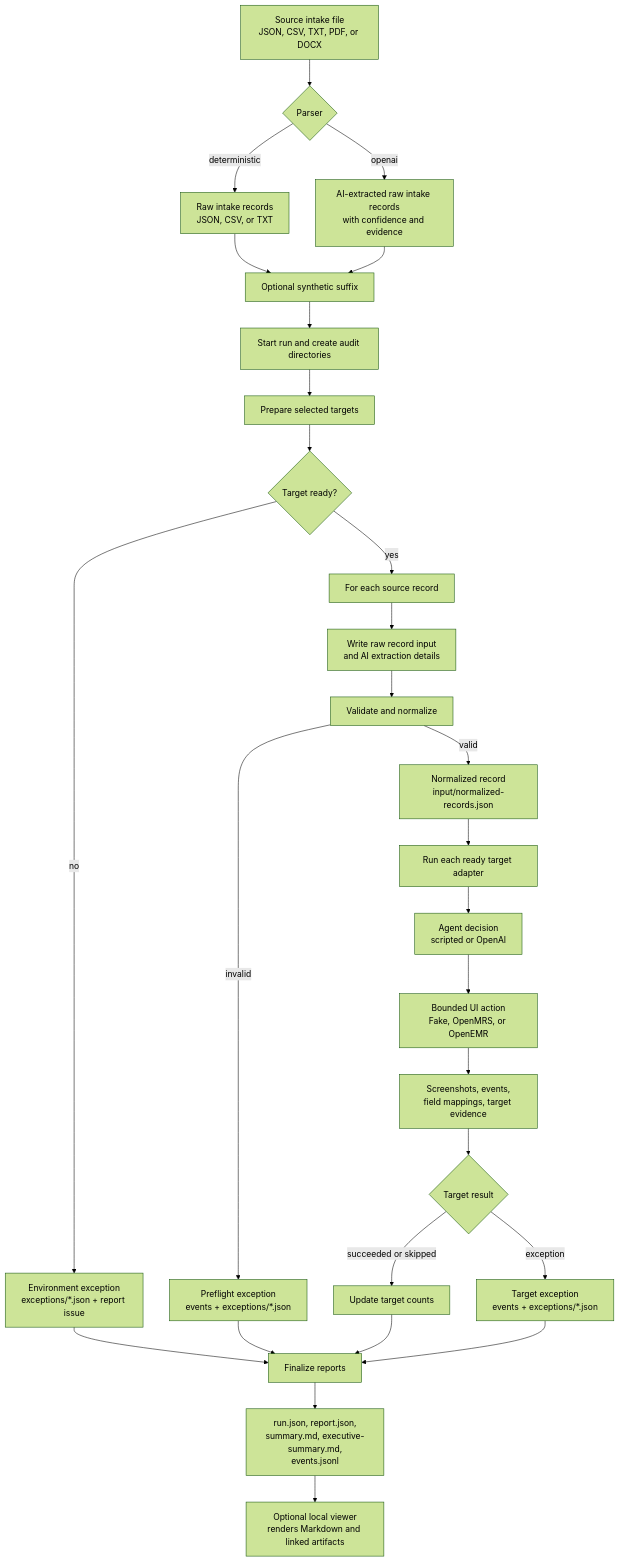
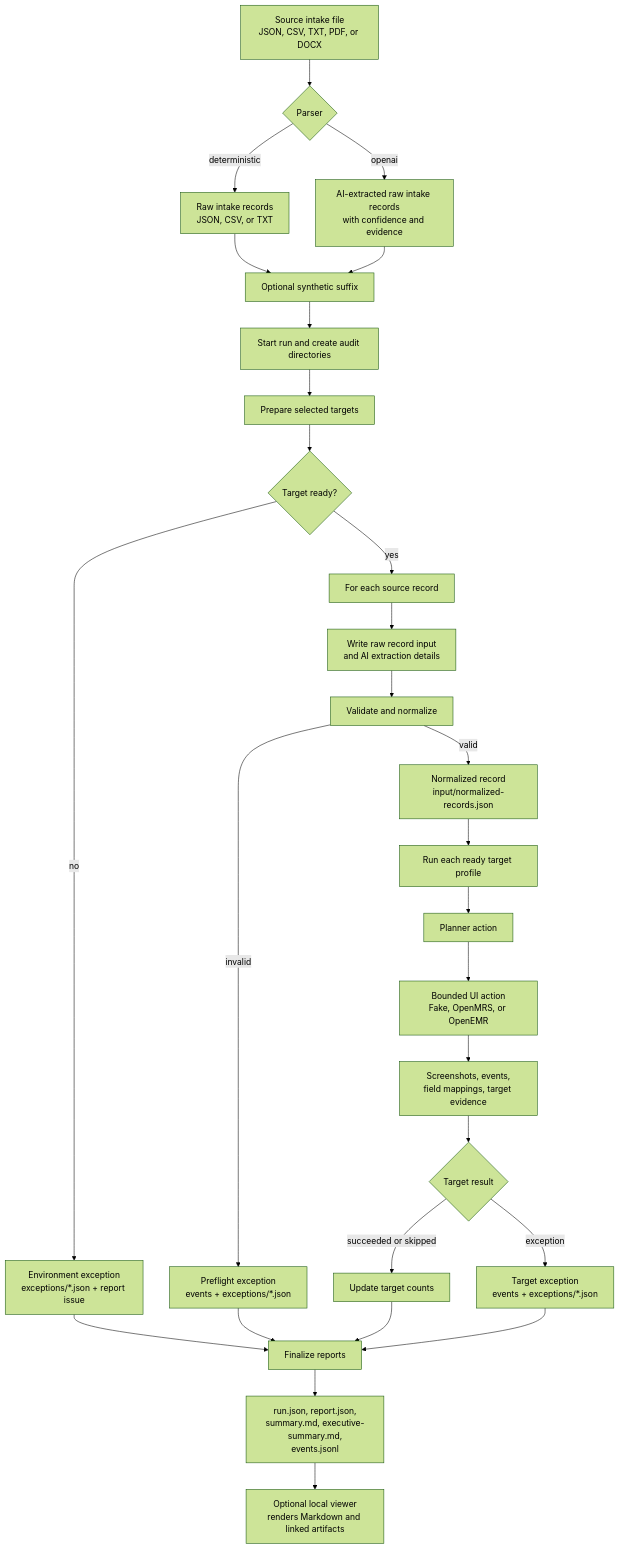
The second of 2 diagrams in README.md (wm-pxel/agentic-ui-automation), drawn with Mermaid (forest theme) before and after one commit. The commit also changed other lines of this file and 9 other files, not shown here.

````diff
--- a/README.md
+++ b/README.md
@@ -188,34 +184,34 @@
 ```mermaid
 flowchart TD
   Source["Source intake file<br/>JSON, CSV, TXT, PDF, or DOCX"] --> Parser{"Parser"}
   Parser -->|deterministic| RawRecords["Raw intake records<br/>JSON, CSV, or TXT"]
   Parser -->|openai| AiRecords["AI-extracted raw intake records<br/>with confidence and evidence"]
   RawRecords --> Suffix["Optional synthetic suffix"]
   AiRecords --> Suffix
   Suffix --> Start["Start run and create audit directories"]
 
   Start --> Prepare["Prepare selected targets"]
   Prepare --> Ready{"Target ready?"}
   Ready -->|no| EnvException["Environment exception<br/>exceptions/*.json + report issue"]
   Ready -->|yes| RecordLoop["For each source record"]
 
   RecordLoop --> CaptureInput["Write raw record input<br/>and AI extraction details"]
   CaptureInput --> Validate["Validate and normalize"]
   Validate -->|invalid| PreflightException["Preflight exception<br/>events + exceptions/*.json"]
   Validate -->|valid| Normalized["Normalized record<br/>input/normalized-records.json"]
 
-  Normalized --> TargetLoop["Run each ready target adapter"]
-  TargetLoop --> AgentDecision["Agent decision<br/>scripted or OpenAI"]
-  AgentDecision --> UiAction["Bounded UI action<br/>Fake, OpenMRS, or OpenEMR"]
+  Normalized --> TargetLoop["Run each ready target profile"]
+  TargetLoop --> PlannerAction["Planner action"]
+  PlannerAction --> UiAction["Bounded UI action<br/>Fake, OpenMRS, or OpenEMR"]
   UiAction --> Evidence["Screenshots, events,<br/>field mappings, target evidence"]
   Evidence --> TargetResult{"Target result"}
   TargetResult -->|succeeded or skipped| Counts["Update target counts"]
   TargetResult -->|exception| TargetException["Target exception<br/>events + exceptions/*.json"]
 
   EnvException --> Reports["Finalize reports"]
   PreflightException --> Reports
   Counts --> Reports
   TargetException --> Reports
   Reports --> AuditPackage["run.json, report.json,<br/>summary.md, executive-summary.md,<br/>events.jsonl"]
   AuditPackage --> Viewer["Optional local viewer<br/>renders Markdown and linked artifacts"]
 ```
````
